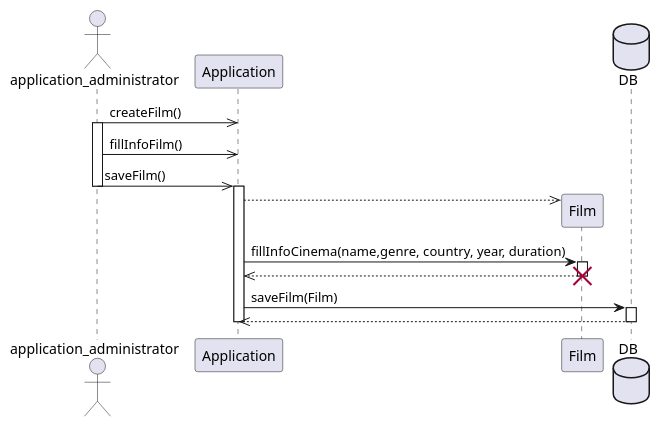
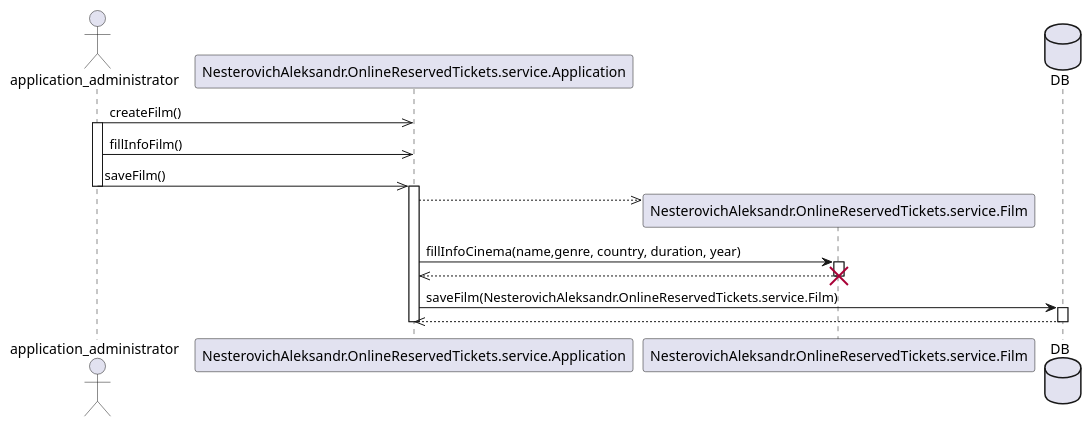
One commit to chivo-retsen/OnlineReservedTickets changed the diagram in src/main/resources/UML/add film.puml. Above: the diagram before and after it, drawn with PlantUML. The commit also changed 31 other files, not shown here.

```diff
--- a/src/main/resources/UML/add film.puml
+++ b/src/main/resources/UML/add film.puml
@@ -1,29 +1,29 @@
 @startuml
 
 actor application_administrator
 
-application_administrator ->> Application : createFilm()
+application_administrator ->> NesterovichAleksandr.OnlineReservedTickets.service.Application : createFilm()
 activate application_administrator
-application_administrator ->> Application : fillInfoFilm()
-application_administrator ->> Application : saveFilm()
+application_administrator ->> NesterovichAleksandr.OnlineReservedTickets.service.Application : fillInfoFilm()
+application_administrator ->> NesterovichAleksandr.OnlineReservedTickets.service.Application : saveFilm()
 deactivate application_administrator
 
-activate Application
-create Film
-Application -->> Film
-Application -> Film : fillInfoCinema(name,genre, country, year, duration)
-activate Film
-Application <<-- Film
-deactivate Film
-destroy Film
+activate NesterovichAleksandr.OnlineReservedTickets.service.Application
+create NesterovichAleksandr.OnlineReservedTickets.service.Film
+NesterovichAleksandr.OnlineReservedTickets.service.Application -->> NesterovichAleksandr.OnlineReservedTickets.service.Film
+NesterovichAleksandr.OnlineReservedTickets.service.Application -> NesterovichAleksandr.OnlineReservedTickets.service.Film : fillInfoCinema(name,genre, country, duration, year)
+activate NesterovichAleksandr.OnlineReservedTickets.service.Film
+NesterovichAleksandr.OnlineReservedTickets.service.Application <<-- NesterovichAleksandr.OnlineReservedTickets.service.Film
+deactivate NesterovichAleksandr.OnlineReservedTickets.service.Film
+destroy NesterovichAleksandr.OnlineReservedTickets.service.Film
 
 database DB
 
-Application -> DB : saveFilm(Film)
+NesterovichAleksandr.OnlineReservedTickets.service.Application -> DB : saveFilm(NesterovichAleksandr.OnlineReservedTickets.service.Film)
 activate DB
-Application <<-- DB
+NesterovichAleksandr.OnlineReservedTickets.service.Application <<-- DB
 deactivate DB
 
-deactivate Application
+deactivate NesterovichAleksandr.OnlineReservedTickets.service.Application
 
 @enduml
```
